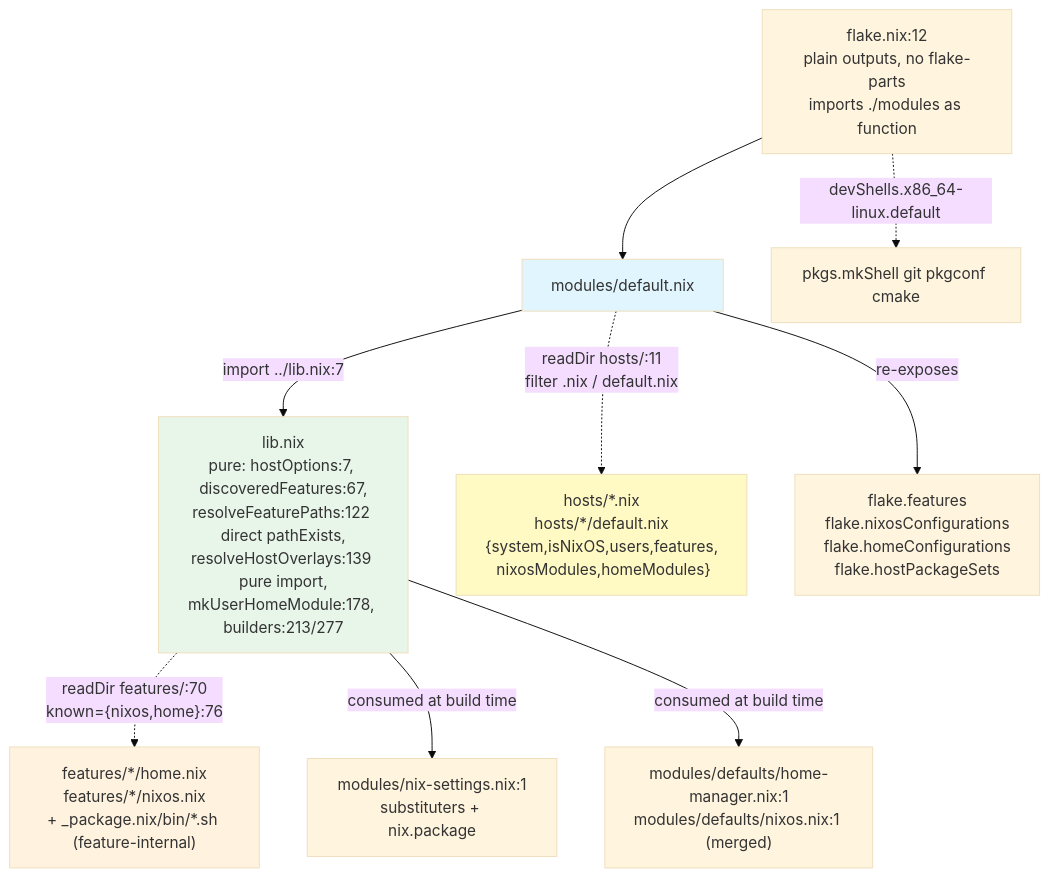
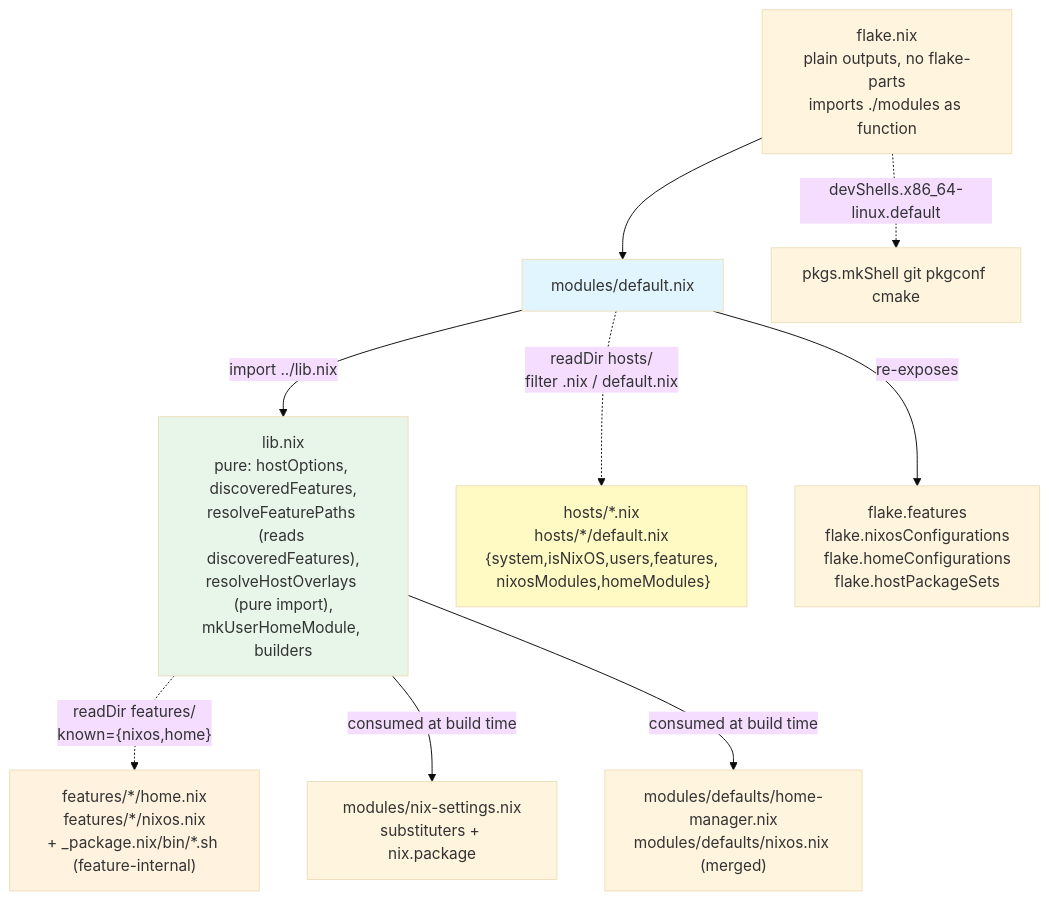
One commit to WombatFromHell/automatic-palm-tree changed the first of 7 diagrams in DESIGN.md. Above: the diagram before and after it, drawn with Mermaid (base theme). The commit also changed other lines of this file and 29 other files, not shown here.

````diff
--- a/DESIGN.md
+++ b/DESIGN.md
@@ -50,18 +50,18 @@
 ```mermaid
 graph TB
-    flake["flake.nix:12\nplain outputs, no flake-parts\nimports ./modules as function"] --> modDefault["modules/default.nix"]
+    flake["flake.nix\nplain outputs, no flake-parts\nimports ./modules as function"] --> modDefault["modules/default.nix"]
 
-    modDefault -- "import ../lib.nix:7" --> libNix["lib.nix\npure: hostOptions:7, discoveredFeatures:67,\nresolveFeaturePaths:122 direct pathExists,\nresolveHostOverlays:139 pure import,\nmkUserHomeModule:178, builders:213/277"]
-    modDefault -. "readDir hosts/:11\nfilter .nix / default.nix" .-> hosts["hosts/*.nix\nhosts/*/default.nix\n{system,isNixOS,users,features,\n nixosModules,homeModules}"]
-    libNix -. "readDir features/:70\nknown={nixos,home}:76" .-> features["features/*/home.nix\nfeatures/*/nixos.nix\n+ _package.nix/bin/*.sh (feature-internal)"]
+    modDefault -- "import ../lib.nix" --> libNix["lib.nix\npure: hostOptions, discoveredFeatures,\nresolveFeaturePaths (reads discoveredFeatures),\nresolveHostOverlays (pure import),\nmkUserHomeModule, builders"]
+    modDefault -. "readDir hosts/\nfilter .nix / default.nix" .-> hosts["hosts/*.nix\nhosts/*/default.nix\n{system,isNixOS,users,features,\n nixosModules,homeModules}"]
+    libNix -. "readDir features/\nknown={nixos,home}" .-> features["features/*/home.nix\nfeatures/*/nixos.nix\n+ _package.nix/bin/*.sh (feature-internal)"]
 
-    libNix -- "consumed at build time" --> nixSettings["modules/nix-settings.nix:1\nsubstituters + nix.package"]
-    libNix -- "consumed at build time" --> defaults["modules/defaults/home-manager.nix:1\nmodules/defaults/nixos.nix:1 (merged)"]
+    libNix -- "consumed at build time" --> nixSettings["modules/nix-settings.nix\nsubstituters + nix.package"]
+    libNix -- "consumed at build time" --> defaults["modules/defaults/home-manager.nix\nmodules/defaults/nixos.nix (merged)"]
     modDefault -- "re-exposes" --> flakeOut["flake.features\nflake.nixosConfigurations\nflake.homeConfigurations\nflake.hostPackageSets"]
     flake -. "devShells.x86_64-linux.default" .-> devShell["pkgs.mkShell git pkgconf cmake"]
 
     style libNix fill:#e8f5e9
     style modDefault fill:#e1f5fe
     style hosts fill:#fff9c4
     style features fill:#fff3e0
 ```
````
